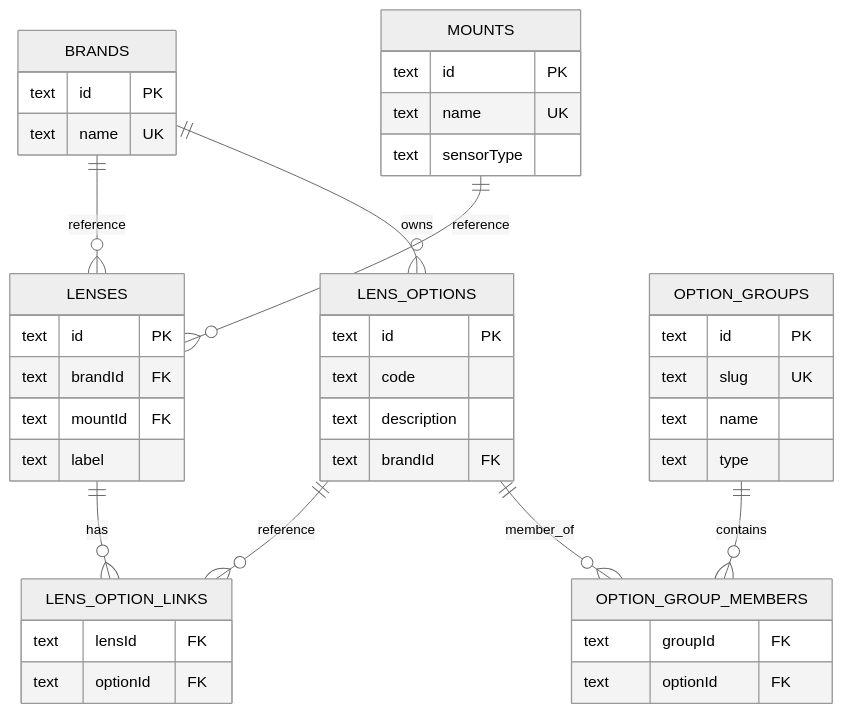
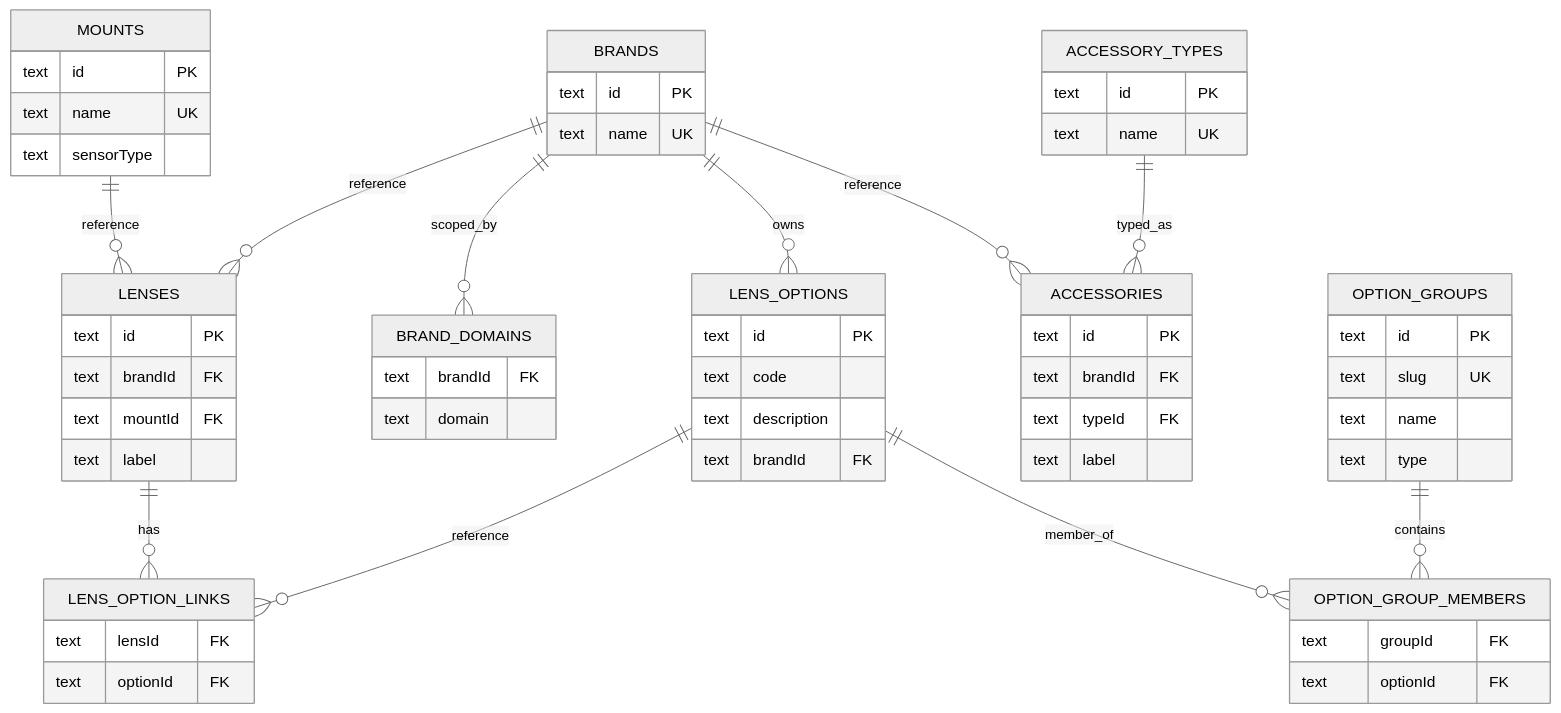
Before and after one commit to ThibaultAuge/PhotoPark: the second of 2 diagrams in README.md, drawn with Mermaid (neutral theme). The commit also changed other lines of this file and 33 other files, not shown here.

````diff
--- a/README.md
+++ b/README.md
@@ -260,46 +302,63 @@
 ```mermaid
 erDiagram
     BRANDS ||--o{ LENSES : reference
+    BRANDS ||--o{ BRAND_DOMAINS : scoped_by
     BRANDS ||--o{ LENS_OPTIONS : owns
+    BRANDS ||--o{ ACCESSORIES : reference
     MOUNTS ||--o{ LENSES : reference
     LENSES ||--o{ LENS_OPTION_LINKS : has
     LENS_OPTIONS ||--o{ LENS_OPTION_LINKS : reference
     OPTION_GROUPS ||--o{ OPTION_GROUP_MEMBERS : contains
     LENS_OPTIONS ||--o{ OPTION_GROUP_MEMBERS : member_of
+    ACCESSORY_TYPES ||--o{ ACCESSORIES : typed_as
 
     BRANDS {
         text id PK
         text name UK
+    }
+    BRAND_DOMAINS {
+        text brandId FK
+        text domain
     }
     MOUNTS {
         text id PK
         text name UK
         text sensorType
     }
     LENS_OPTIONS {
         text id PK
         text code
         text description
         text brandId FK
     }
     LENSES {
         text id PK
         text brandId FK
         text mountId FK
         text label
     }
     LENS_OPTION_LINKS {
         text lensId FK
         text optionId FK
     }
     OPTION_GROUPS {
         text id PK
         text slug UK
         text name
         text type
     }
     OPTION_GROUP_MEMBERS {
         text groupId FK
         text optionId FK
     }
+    ACCESSORY_TYPES {
+        text id PK
+        text name UK
+    }
+    ACCESSORIES {
+        text id PK
+        text brandId FK
+        text typeId FK
+        text label
+    }
 ```
````
